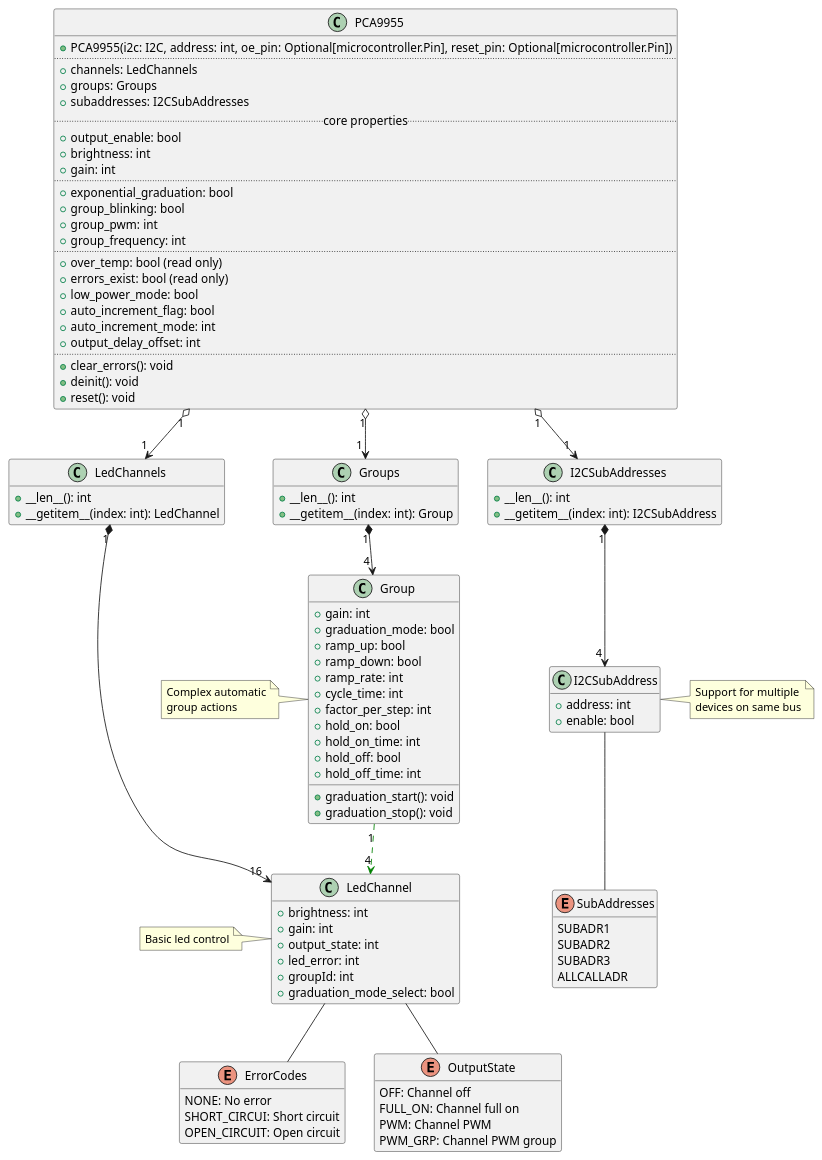
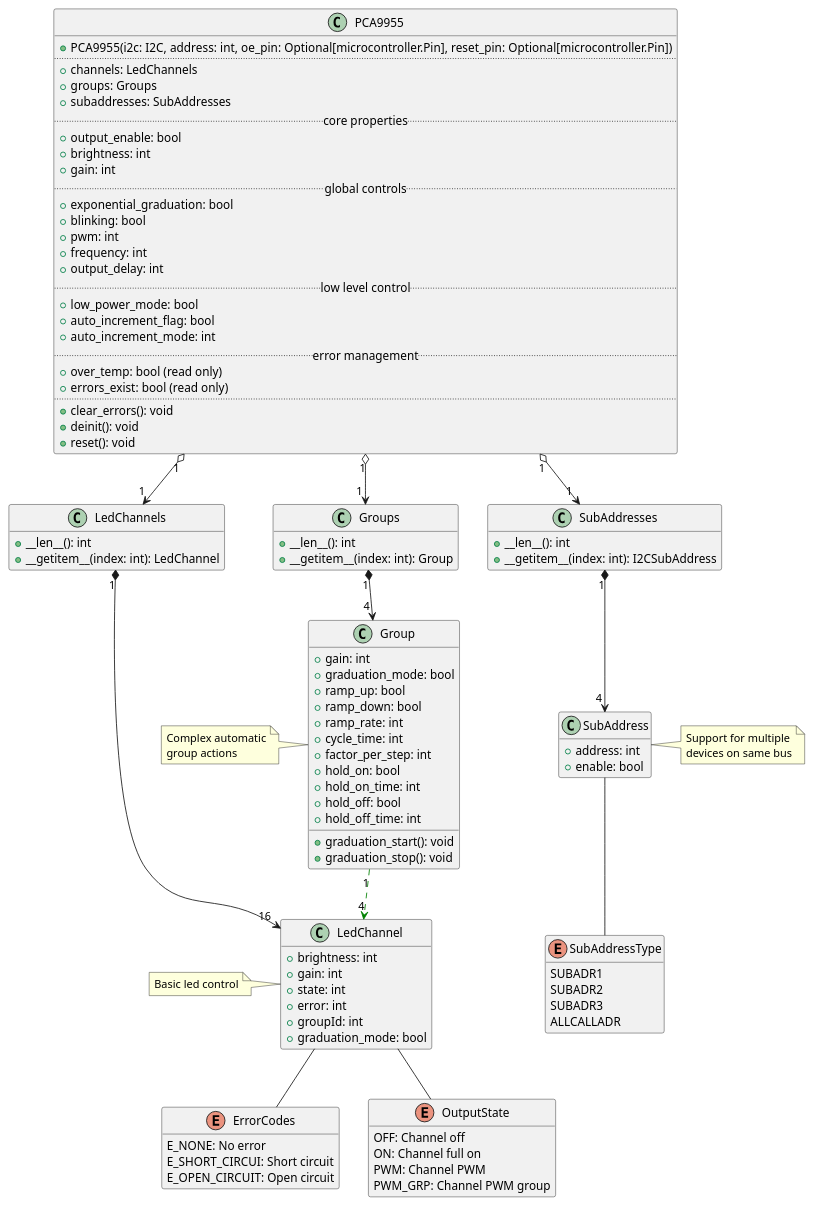
One commit to noelanderson/CircuitPython_PCA9955B changed the diagram in uml/pca9955bClassesUML.puml. Above: the diagram before and after it, drawn with PlantUML. The commit also changed 3 other files, not shown here.

```diff
--- a/uml/pca9955bClassesUML.puml
+++ b/uml/pca9955bClassesUML.puml
@@ -1,122 +4,121 @@
 @startuml pca9955b
-' SPDX-FileCopyrightText: Copyright (c) 2024 Noel Anderson
-' SPDX-License-Identifier: MIT
 
 class PCA9955 {
     +PCA9955(i2c: I2C, address: int, oe_pin: Optional[microcontroller.Pin], reset_pin: Optional[microcontroller.Pin])
     ..
     +{field} channels: LedChannels
     +{field} groups: Groups
-    +{field} subaddresses: I2CSubAddresses
+    +{field} subaddresses: SubAddresses
     .. core properties..
     +{field} output_enable: bool
     +{field} brightness: int
     +{field} gain: int
-    ..
+    .. global controls..
     +{field} exponential_graduation: bool
-    +{field} group_blinking: bool
-    +{field} group_pwm: int
-    +{field} group_frequency: int
-    ..
-    +{field} over_temp: bool (read only)
-    +{field} errors_exist: bool (read only)
+    +{field} blinking: bool
+    +{field} pwm: int
+    +{field} frequency: int
+    +{field} output_delay: int
+    .. low level control ..
     +{field} low_power_mode: bool
     +{field} auto_increment_flag: bool
     +{field} auto_increment_mode: int
-    +{field} output_delay_offset: int
+    .. error management ..
+    +{field} over_temp: bool (read only)
+    +{field} errors_exist: bool (read only)
     ..
     +{method} clear_errors(): void
     +{method} deinit(): void
     +{method} reset(): void
 }
 
 class LedChannels {
     +{method} __len__(): int
     +{method} __getitem__(index: int): LedChannel
 }
 
 class Groups {
     +{method} __len__(): int
     +{method} __getitem__(index: int): Group
 }
 
 
-class I2CSubAddresses {
+class SubAddresses {
     +{method} __len__(): int
     +{method} __getitem__(index: int): I2CSubAddress
 }
 
 
 'force layout
 LedChannels-[hidden]--> dummy
 hide dummy
 
 class LedChannel {
     +{field} brightness: int
     +{field} gain: int
-    +{field} output_state: int
-    +{field} led_error: int
+    +{field} state: int
+    +{field} error: int
     +{field} groupId: int
-    +{field} graduation_mode_select: bool
+    +{field} graduation_mode: bool
 }
 note left: Basic led control
 
 class Group {
     +{field} gain: int
     +{field} graduation_mode: bool
     +{field} ramp_up: bool
     +{field} ramp_down: bool
     +{field} ramp_rate: int
     +{field} cycle_time: int
     +{field} factor_per_step: int
     +{field} hold_on: bool
     +{field} hold_on_time: int
     +{field} hold_off: bool
     +{field} hold_off_time: int
     +{method} graduation_start(): void
     +{method} graduation_stop(): void
 }
 note left: Complex automatic\ngroup actions
 
 
-class I2CSubAddress {
+class SubAddress {
     +{field} address: int
     +{field} enable: bool
 }
 note right: Support for multiple\ndevices on same bus
 
  enum ErrorCodes {
-     NONE: No error
-     SHORT_CIRCUI: Short circuit
-     OPEN_CIRCUIT: Open circuit
+     E_NONE: No error
+     E_SHORT_CIRCUI: Short circuit
+     E_OPEN_CIRCUIT: Open circuit
 }
 
  enum OutputState{
      OFF: Channel off
-     FULL_ON: Channel full on
+     ON: Channel full on
      PWM: Channel PWM
      PWM_GRP: Channel PWM group
 }
 
- enum SubAddresses{
+ enum SubAddressType{
     SUBADR1
     SUBADR2
     SUBADR3
     ALLCALLADR
 }
 
 
 PCA9955 "1" o--> "1 " LedChannels
 LedChannels "1" *--> "16 " LedChannel
 PCA9955 "1" o--> "1 "  Groups
 Groups "1" *--> "4 " Group
-PCA9955 "1" o--> "1 "  I2CSubAddresses
-I2CSubAddresses "1" *--> "4 " I2CSubAddress
+PCA9955 "1" o--> "1 "  SubAddresses
+SubAddresses "1" *--> "4 " SubAddress
 Group "1" -->  "4" LedChannel  #green;line.dashed
 
 LedChannel -- ErrorCodes
 LedChannel -- OutputState
-I2CSubAddress -- SubAddresses
+SubAddress -- SubAddressType
 
 hide empty members
 @enduml
```
